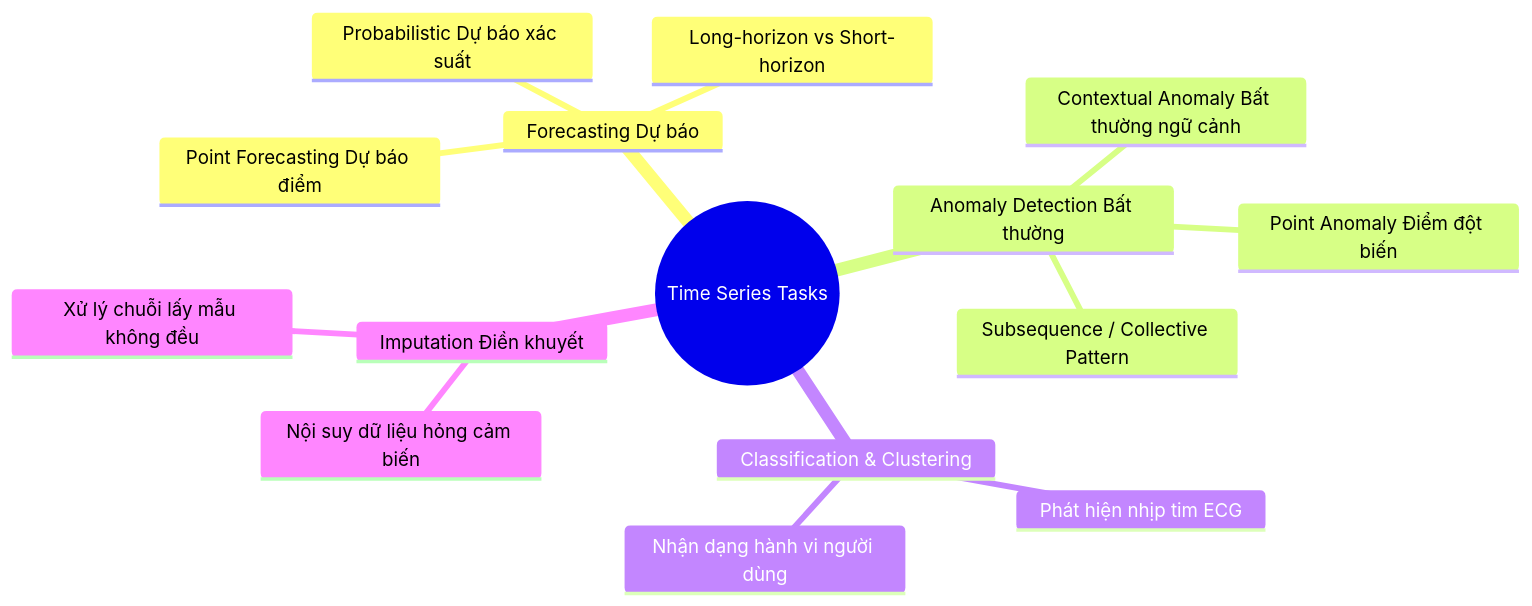
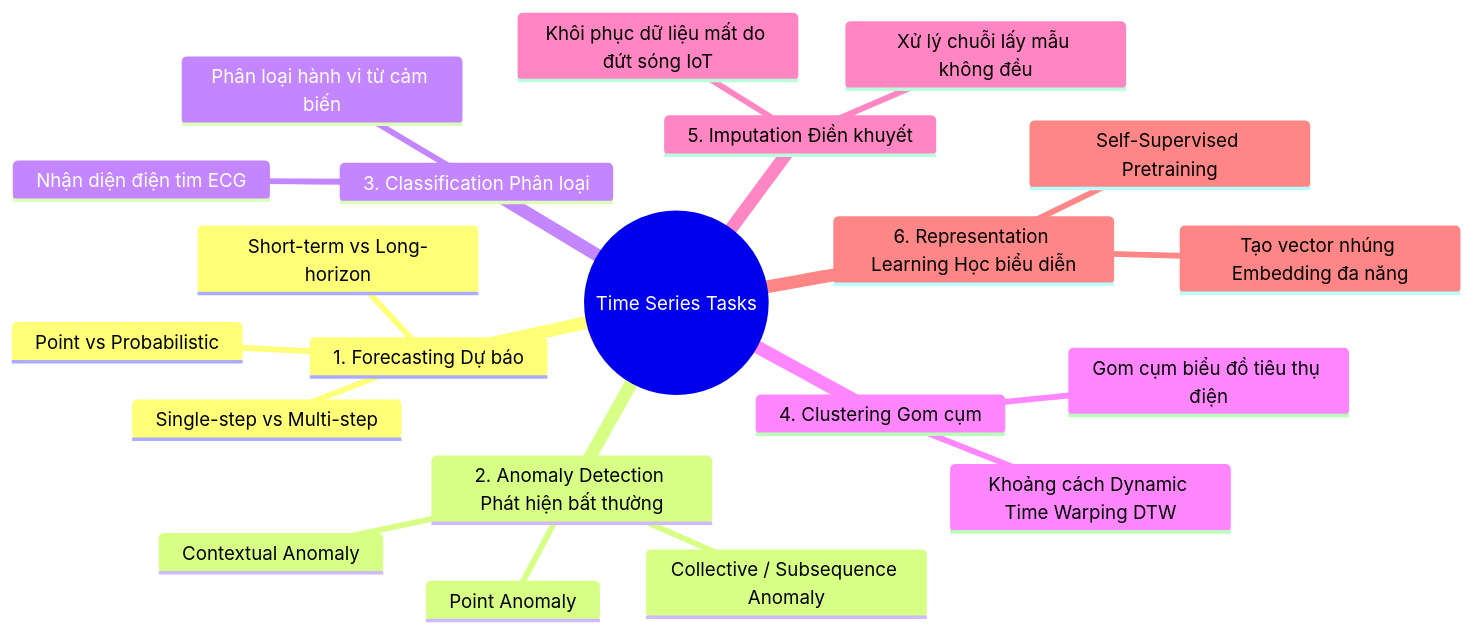
One commit to snowflake-vibing/KnowledgeLibrary changed the fifth of 5 diagrams in PTDLKD/time-series-data-fundamentals-conecpts/general_infomation.md. Above: the diagram before and after it, drawn with Mermaid. The commit also changed other lines of this file, not shown here.

Commit message:
docs: cap nhat general_infomation.md - them sequence data, data partitioning, time-series tasks va bo autocorrelation

````diff
--- a/PTDLKD/time-series-data-fundamentals-conecpts/general_infomation.md
+++ b/PTDLKD/time-series-data-fundamentals-conecpts/general_infomation.md
@@ -116,18 +157,24 @@
 ```mermaid
 mindmap
   root((Time Series Tasks))
-    Forecasting Dự báo
-      Point Forecasting Dự báo điểm
-      Probabilistic Dự báo xác suất
-      Long-horizon vs Short-horizon
-    Anomaly Detection Bất thường
-      Point Anomaly Điểm đột biến
-      Contextual Anomaly Bất thường ngữ cảnh
-      Subsequence / Collective Pattern
-    Classification & Clustering
-      Phát hiện nhịp tim ECG
-      Nhận dạng hành vi người dùng
-    Imputation Điền khuyết
-      Nội suy dữ liệu hỏng cảm biến
+    1. Forecasting Dự báo
+      Single-step vs Multi-step
+      Point vs Probabilistic
+      Short-term vs Long-horizon
+    2. Anomaly Detection Phát hiện bất thường
+      Point Anomaly
+      Contextual Anomaly
+      Collective / Subsequence Anomaly
+    3. Classification Phân loại
+      Nhận diện điện tim ECG
+      Phân loại hành vi từ cảm biến
+    4. Clustering Gom cụm
+      Gom cụm biểu đồ tiêu thụ điện
+      Khoảng cách Dynamic Time Warping DTW
+    5. Imputation Điền khuyết
+      Khôi phục dữ liệu mất do đứt sóng IoT
       Xử lý chuỗi lấy mẫu không đều
+    6. Representation Learning Học biểu diễn
+      Tạo vector nhúng Embedding đa năng
+      Self-Supervised Pretraining
 ```
````
